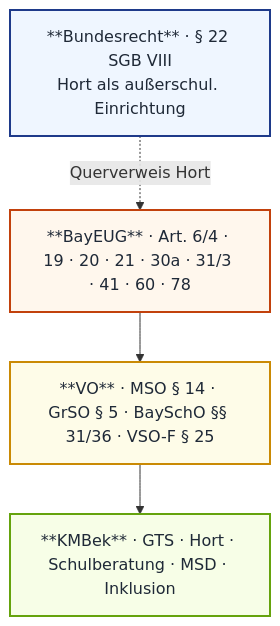
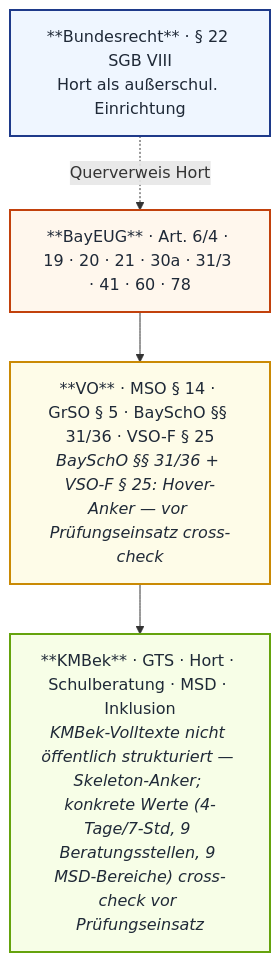
One commit to snflsknfkldnfs/weitergehts-online changed the first of 2 diagrams in _mkdocs/docs/mp08/index.md. Above: the diagram before and after it, drawn with Mermaid. The commit also changed other lines of this file and 29 other files, not shown here.

First line of the commit message:
Schulrecht: 5 MP-Skripte verbatim-gehärtet · 100% Hover · Cross-Refs bidir · 134 Lernkarten

````diff
--- a/_mkdocs/docs/mp08/index.md
+++ b/_mkdocs/docs/mp08/index.md
@@ -11,15 +11,15 @@
 ```mermaid
 flowchart TB
     BU["**Bundesrecht** · § 22 SGB VIII<br/>Hort als außerschul. Einrichtung"]:::bu
     BAY["**BayEUG** · Art. 6/4 · 19 · 20 · 21 · 30a · 31/3 · 41 · 60 · 78"]:::bay
-    VO["**VO** · MSO § 14 · GrSO § 5 · BaySchO §§ 31/36 · VSO-F § 25"]:::vo
-    KM["**KMBek** · GTS · Hort · Schulberatung · MSD · Inklusion"]:::km
+    VO["**VO** · MSO § 14 · GrSO § 5 · BaySchO §§ 31/36 · VSO-F § 25<br/><i>BaySchO §§ 31/36 + VSO-F § 25: Hover-Anker — vor Prüfungseinsatz cross-check</i>"]:::vo
+    KM["**KMBek** · GTS · Hort · Schulberatung · MSD · Inklusion<br/><i>KMBek-Volltexte nicht öffentlich strukturiert — Skeleton-Anker; konkrete Werte (4-Tage/7-Std, 9 Beratungsstellen, 9 MSD-Bereiche) cross-check vor Prüfungseinsatz</i>"]:::km
 
     BU -.Querverweis Hort.-> BAY
     BAY --> VO --> KM
 
     classDef bu fill:#eff6ff,stroke:#1e3a8a,stroke-width:2px,color:#1f2937
     classDef bay fill:#fff7ed,stroke:#c2410c,stroke-width:2px,color:#1f2937
     classDef vo fill:#fefce8,stroke:#ca8a04,stroke-width:2px,color:#1f2937
     classDef km fill:#f7fee7,stroke:#65a30d,stroke-width:2px,color:#1f2937
 ```
````
